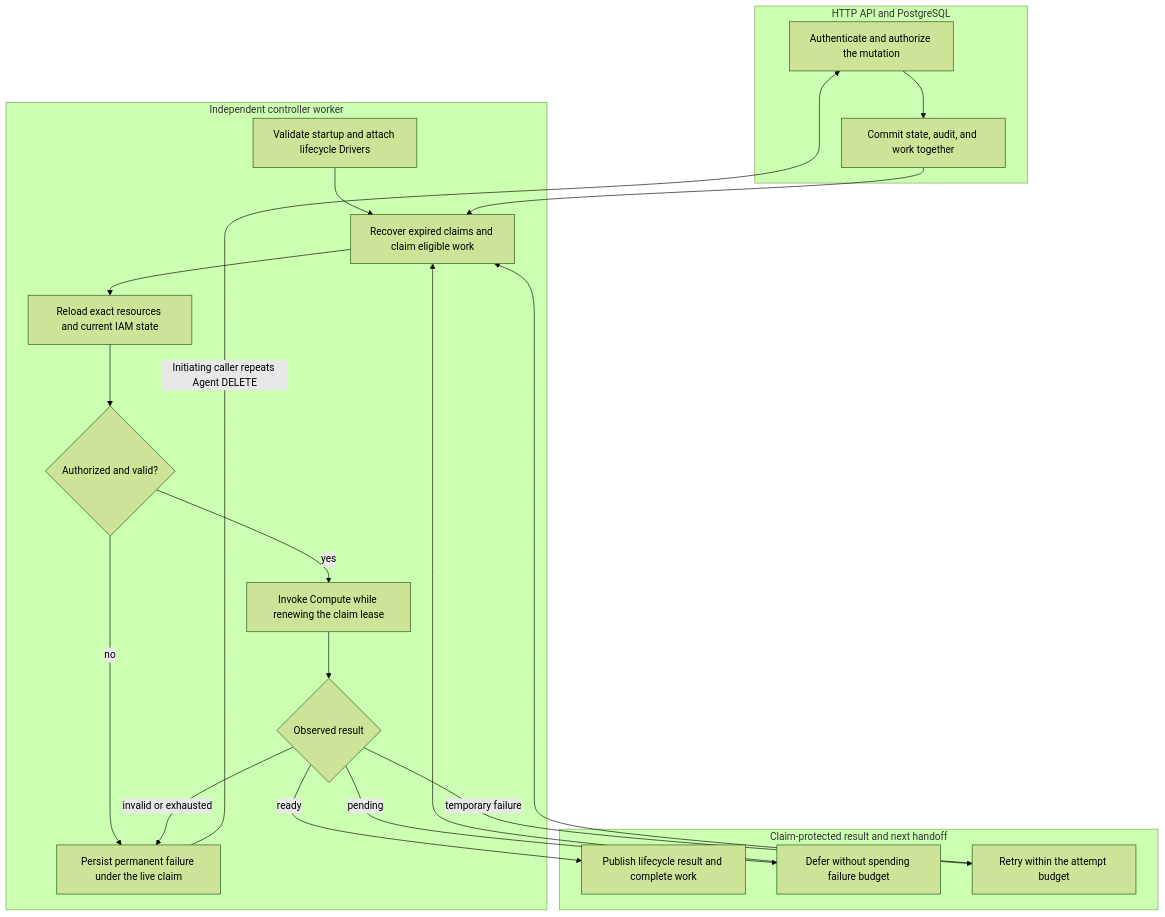
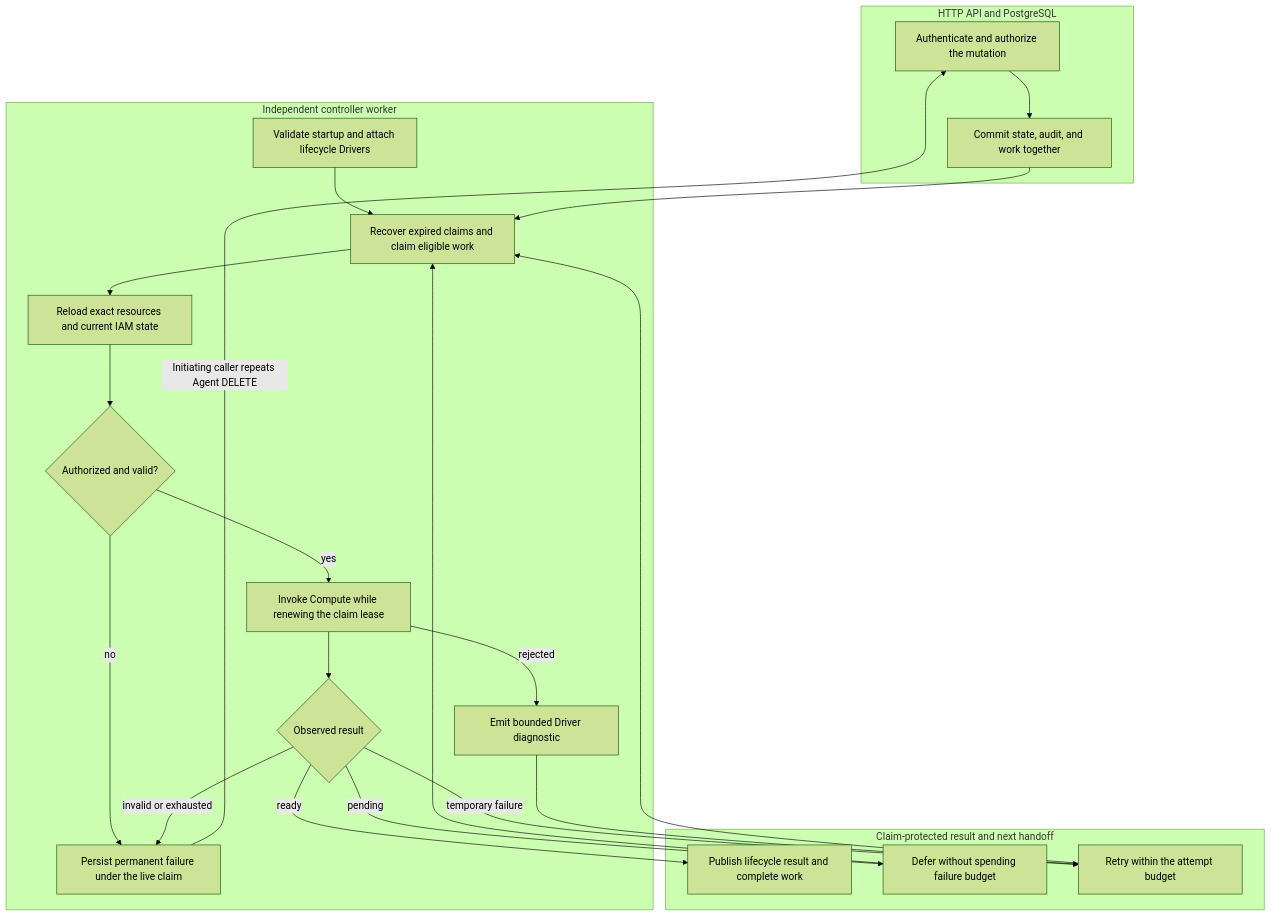
The diagram in docs/flows/controller-worker.md (IsaiahStapleton/openclaw-enterprise), drawn with Mermaid (forest theme) before and after one commit. The commit also changed other lines of this file and 68 other files, not shown here.

Commit message:
feat(openshell): support first-agent Codex flow

````diff
--- a/docs/flows/controller-worker.md
+++ b/docs/flows/controller-worker.md
@@ -30,24 +30,26 @@
 ```mermaid
 graph TD
     subgraph Admission["HTTP API and PostgreSQL"]
         A["Authenticate and authorize the mutation"] --> B["Commit state, audit, and work together"]
     end
     subgraph Worker["Independent controller worker"]
         C["Validate startup and attach lifecycle Drivers"] --> D["Recover expired claims and claim eligible work"]
         B --> D
         D --> E["Reload exact resources and current IAM state"]
         E --> F{"Authorized and valid?"}
         F -->|yes| G["Invoke Compute while renewing the claim lease"]
         F -->|no| H["Persist permanent failure under the live claim"]
         G --> I{"Observed result"}
+        G -->|rejected| R["Emit bounded Driver diagnostic"]
     end
     subgraph Outcome["Claim-protected result and next handoff"]
         I -->|ready| J["Publish lifecycle result and complete work"]
         I -->|pending| K["Defer without spending failure budget"]
         I -->|temporary failure| L["Retry within the attempt budget"]
+        R --> L
         I -->|invalid or exhausted| H
         K --> D
         L --> D
         H -->|"Initiating caller repeats Agent DELETE"| A
     end
 ```
````
